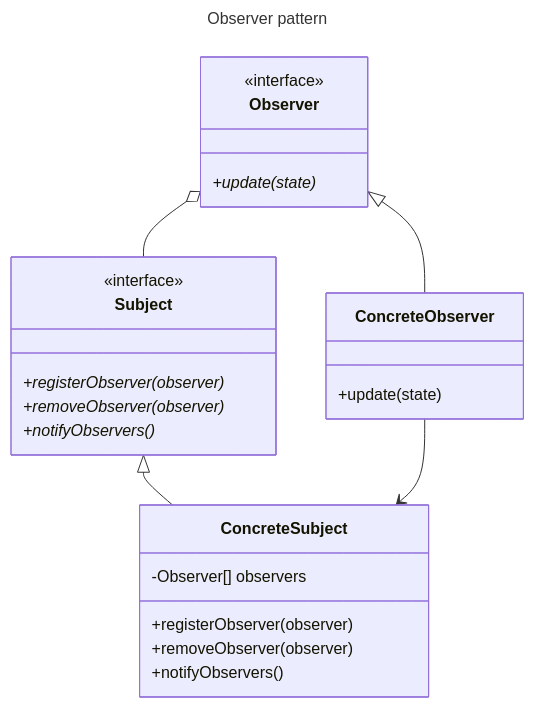
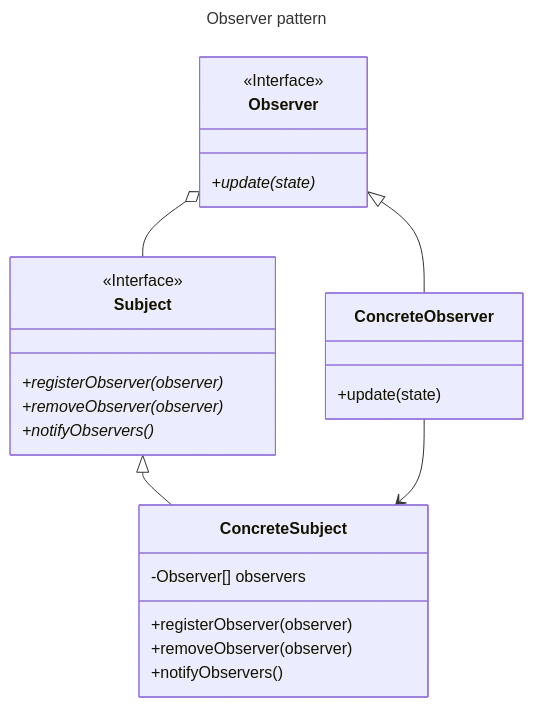
Before and after one commit to lamhq/tech-notes: the first of 2 diagrams in pages/software-engineering/design/ood/design-patterns/observer.md, drawn with Mermaid. The commit also changed other lines of this file and 6 other files, not shown here.

Commit message:
fix mermaid class annotation

````diff
--- a/pages/software-engineering/design/ood/design-patterns/observer.md
+++ b/pages/software-engineering/design/ood/design-patterns/observer.md
@@ -16,29 +16,29 @@
 ```mermaid
 ---
 title: Observer pattern
 ---
 classDiagram
   class Subject{
-    <<interface>>
+    <<Interface>>
     +registerObserver(observer)*
     +removeObserver(observer)*
     +notifyObservers()*
   }
   class Observer{
-    <<interface>>
+    <<Interface>>
     +update(state)*
   }
   class ConcreteSubject{
     -Observer[] observers
     +registerObserver(observer)
     +removeObserver(observer)
     +notifyObservers()
   }
   class ConcreteObserver{
     +update(state)
   }
   Subject <|-- ConcreteSubject
   Observer <|-- ConcreteObserver
   Observer o-- Subject
   ConcreteObserver --> ConcreteSubject
 ```
````
